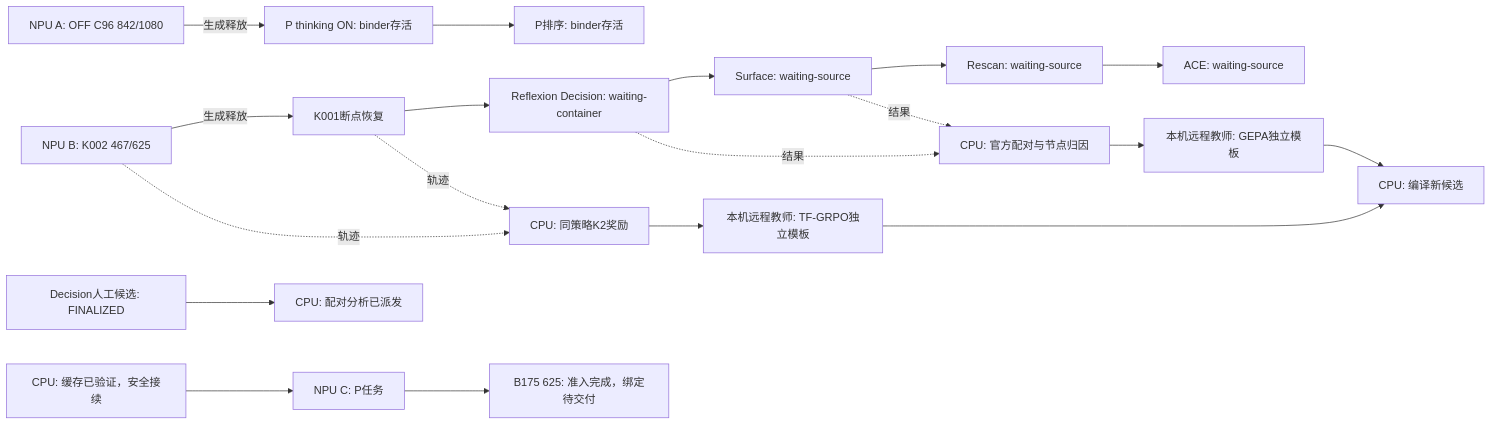
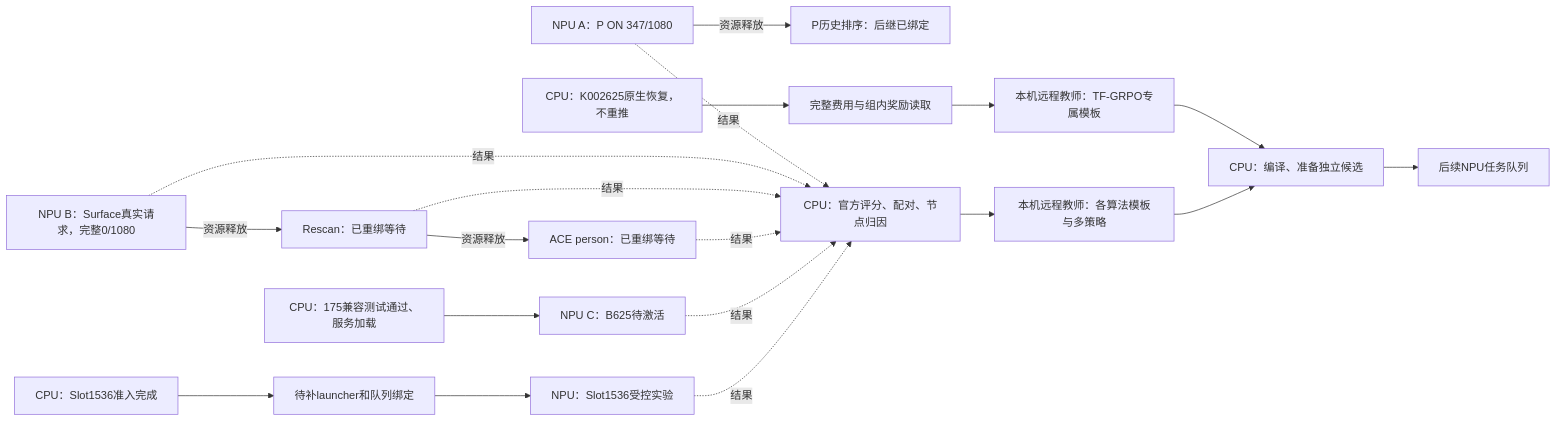
The diagram in wiki/TFRL-Execution-DAG.md (chaosxingxc-orion/omni), drawn with Mermaid before and after one commit. The commit also changed other lines of this file and 6 other files, not shown here.

````diff
--- a/wiki/TFRL-Execution-DAG.md
+++ b/wiki/TFRL-Execution-DAG.md
@@ -5,21 +5,21 @@
 ```mermaid
 flowchart LR
- A["NPU A: OFF C96 842/1080"] -->|生成释放| PON["P thinking ON: binder存活"]
- PON --> HIST["P排序: binder存活"]
- K2["NPU B: K002 467/625"] -->|生成释放| K1["K001断点恢复"]
- K1 --> D["Reflexion Decision: waiting-container"]
- D --> S["Surface: waiting-source"]
- S --> R["Rescan: waiting-source"]
- R --> ACE["ACE: waiting-source"]
- FIX["CPU: 缓存已验证，安全接续"] --> C["NPU C: P任务"]
- C --> B175["B175 625: 准入完成，绑定待交付"]
- K1 -.轨迹.-> REWARD["CPU: 同策略K2奖励"]
- K2 -.轨迹.-> REWARD
- REWARD --> TF["本机远程教师: TF-GRPO独立模板"]
- TF --> BUILD["CPU: 编译新候选"]
- D -.结果.-> EVAL["CPU: 官方配对与节点归因"]
- S -.结果.-> EVAL
- EVAL --> GEPA["本机远程教师: GEPA独立模板"]
- GEPA --> BUILD
- OLD["Decision人工候选: FINALIZED"] --> PAIR["CPU: 配对分析已派发"]
+ A["NPU A：P ON 347/1080"] -->|资源释放| H["P历史排序：后继已绑定"]
+ B["NPU B：Surface真实请求，完整0/1080"] -->|资源释放| R["Rescan：已重绑等待"]
+ R -->|资源释放| ACE["ACE person：已重绑等待"]
+ C0["CPU：175兼容测试通过、服务加载"] --> C["NPU C：B625待激活"]
+ SB0["CPU：Slot1536准入完成"] --> SB1["待补launcher和队列绑定"]
+ SB1 --> SB2["NPU：Slot1536受控实验"]
+ A -.结果.-> E["CPU：官方评分、配对、节点归因"]
+ B -.结果.-> E
+ R -.结果.-> E
+ ACE -.结果.-> E
+ C -.结果.-> E
+ SB2 -.结果.-> E
+ K["CPU：K002625原生恢复，不重推"] --> G["完整费用与组内奖励读取"]
+ G --> TF["本机远程教师：TF-GRPO专属模板"]
+ E --> T["本机远程教师：各算法模板与多策略"]
+ TF --> P["CPU：编译、准备独立候选"]
+ T --> P
+ P --> Q["后续NPU任务队列"]
 ```
````
